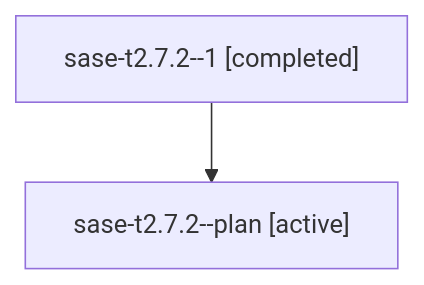
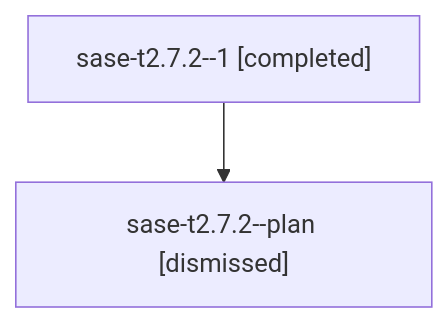
The diagram in sessions/bbugyi200.athena.sase-t2.7.2.md (sase-org/sase--agents), drawn with Mermaid before and after one commit. The commit also changed other lines of this file and 189 other files, not shown here.

````diff
--- a/sessions/bbugyi200.athena.sase-t2.7.2.md
+++ b/sessions/bbugyi200.athena.sase-t2.7.2.md
@@ -9,6 +9,6 @@
 ```mermaid
 flowchart TD
   n0["sase-t2.7.2--1 [completed]"]
-  n1["sase-t2.7.2--plan [active]"]
+  n1["sase-t2.7.2--plan [dismissed]"]
   n0 --> n1
 ```
````
